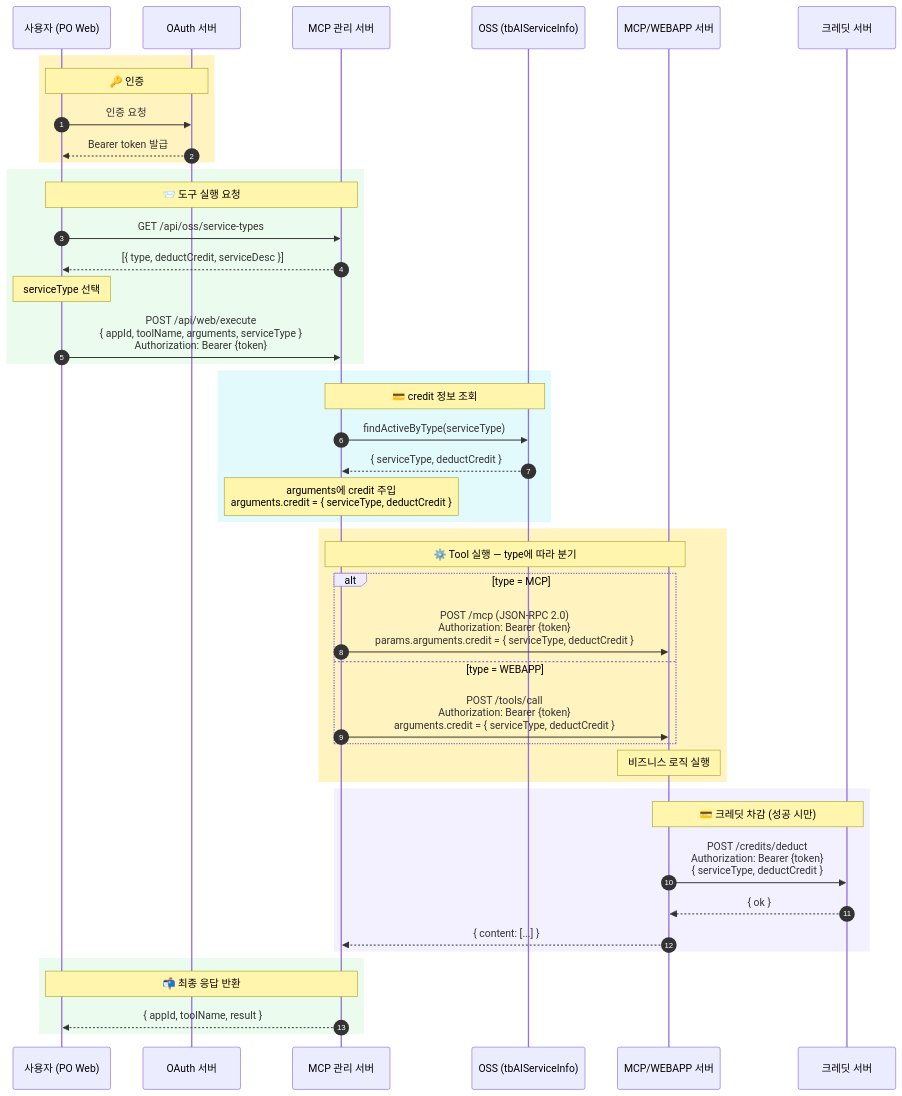
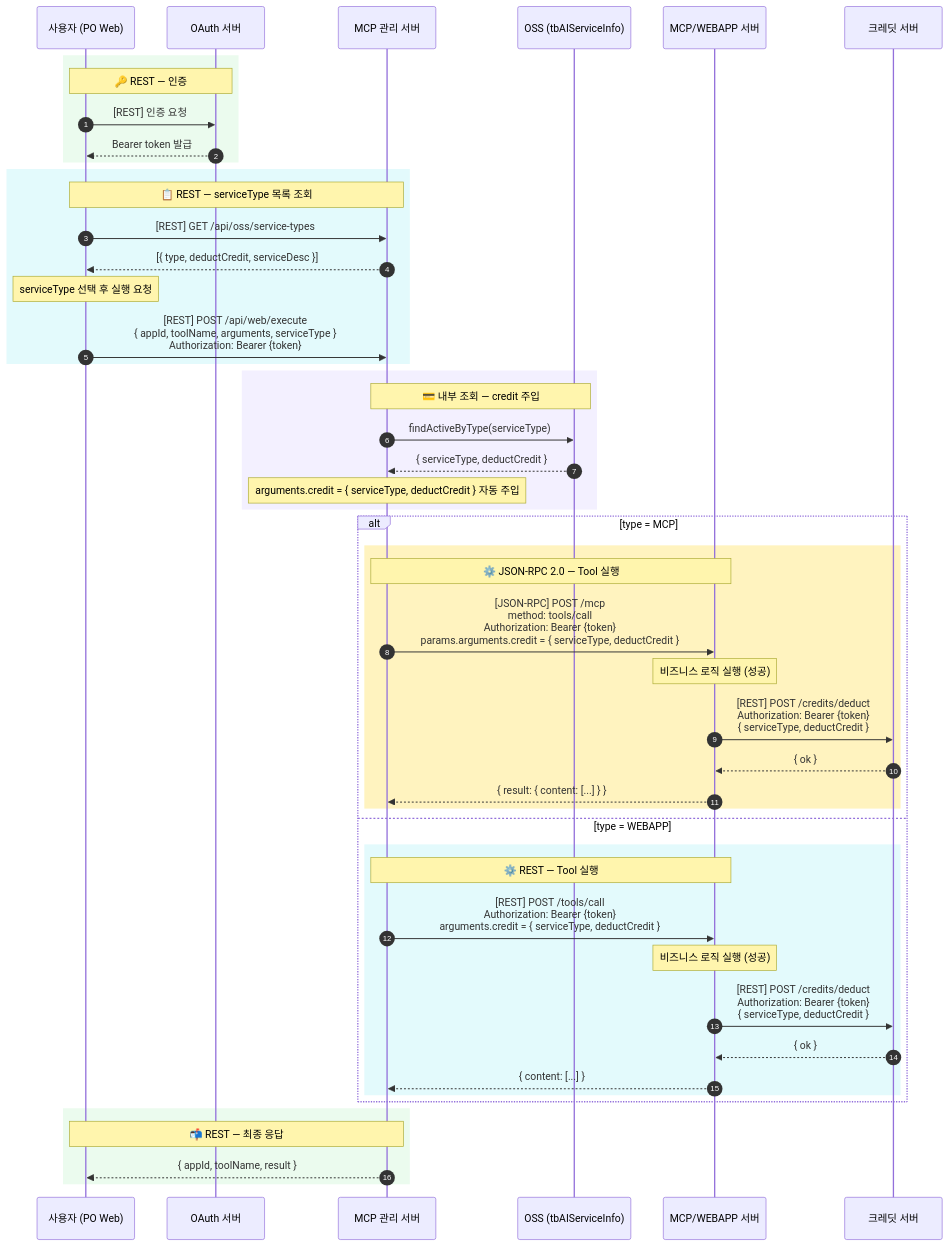
The third of 3 diagrams in docs/img/sequence-diagram.md (theo-s-park/POC_MCP_Ochestrator), drawn with Mermaid before and after one commit. The commit also changed other lines of this file, not shown here.

First line of the commit message:
docs: 시퀀스 다이어그램 REST/JSON-RPC 시각적 구분 강화

````diff
--- a/docs/img/sequence-diagram.md
+++ b/docs/img/sequence-diagram.md
@@ -115,53 +107,56 @@
 ```mermaid
 sequenceDiagram
     autonumber
-    participant USER as 사용자 (PO Web)
-    participant OAUTH as OAuth 서버
-    participant MCP as MCP 관리 서버
-    participant OSS as OSS (tbAIServiceInfo)
-    participant SRV as MCP/WEBAPP 서버
+    participant USER   as 사용자 (PO Web)
+    participant OAUTH  as OAuth 서버
+    participant MCP    as MCP 관리 서버
+    participant OSS    as OSS (tbAIServiceInfo)
+    participant SRV    as MCP/WEBAPP 서버
     participant CREDIT as 크레딧 서버
 
-    rect rgb(255, 243, 191)
-        note over USER,OAUTH: 🔑 인증
-        USER->>OAUTH: 인증 요청
+    rect rgb(235, 251, 238)
+        note over USER,OAUTH: 🔑 REST — 인증
+        USER->>OAUTH: [REST] 인증 요청
         OAUTH-->>USER: Bearer token 발급
     end
 
-    rect rgb(235, 251, 238)
-        note over USER,MCP: 📨 도구 실행 요청
-        USER->>MCP: GET /api/oss/service-types
+    rect rgb(227, 250, 252)
+        note over USER,MCP: 📋 REST — serviceType 목록 조회
+        USER->>MCP: [REST] GET /api/oss/service-types
         MCP-->>USER: [{ type, deductCredit, serviceDesc }]
-        note over USER: serviceType 선택
-        USER->>MCP: POST /api/web/execute<br/>{ appId, toolName, arguments, serviceType }<br/>Authorization: Bearer {token}
-    end
-
-    rect rgb(227, 250, 252)
-        note over MCP,OSS: 💳 credit 정보 조회
-        MCP->>OSS: findActiveByType(serviceType)
-        OSS-->>MCP: { serviceType, deductCredit }
-        note over MCP: arguments에 credit 주입<br/>arguments.credit = { serviceType, deductCredit }
-    end
-
-    rect rgb(255, 243, 191)
-        note over MCP,SRV: ⚙️ Tool 실행 — type에 따라 분기
-        alt type = MCP
-            MCP->>SRV: POST /mcp (JSON-RPC 2.0)<br/>Authorization: Bearer {token}<br/>params.arguments.credit = { serviceType, deductCredit }
-        else type = WEBAPP
-            MCP->>SRV: POST /tools/call<br/>Authorization: Bearer {token}<br/>arguments.credit = { serviceType, deductCredit }
-        end
-        note over SRV: 비즈니스 로직 실행
+        note over USER: serviceType 선택 후 실행 요청
+        USER->>MCP: [REST] POST /api/web/execute<br/>{ appId, toolName, arguments, serviceType }<br/>Authorization: Bearer {token}
     end
 
     rect rgb(243, 240, 255)
-        note over SRV,CREDIT: 💳 크레딧 차감 (성공 시만)
-        SRV->>CREDIT: POST /credits/deduct<br/>Authorization: Bearer {token}<br/>{ serviceType, deductCredit }
-        CREDIT-->>SRV: { ok }
-        SRV-->>MCP: { content: [...] }
+        note over MCP,OSS: 💳 내부 조회 — credit 주입
+        MCP->>OSS: findActiveByType(serviceType)
+        OSS-->>MCP: { serviceType, deductCredit }
+        note over MCP: arguments.credit = { serviceType, deductCredit } 자동 주입
+    end
+
+    alt type = MCP
+        rect rgb(255, 243, 191)
+            note over MCP,SRV: ⚙️ JSON-RPC 2.0 — Tool 실행
+            MCP->>SRV: [JSON-RPC] POST /mcp<br/>method: tools/call<br/>Authorization: Bearer {token}<br/>params.arguments.credit = { serviceType, deductCredit }
+            note over SRV: 비즈니스 로직 실행 (성공)
+            SRV->>CREDIT: [REST] POST /credits/deduct<br/>Authorization: Bearer {token}<br/>{ serviceType, deductCredit }
+            CREDIT-->>SRV: { ok }
+            SRV-->>MCP: { result: { content: [...] } }
+        end
+    else type = WEBAPP
+        rect rgb(227, 250, 252)
+            note over MCP,SRV: ⚙️ REST — Tool 실행
+            MCP->>SRV: [REST] POST /tools/call<br/>Authorization: Bearer {token}<br/>arguments.credit = { serviceType, deductCredit }
+            note over SRV: 비즈니스 로직 실행 (성공)
+            SRV->>CREDIT: [REST] POST /credits/deduct<br/>Authorization: Bearer {token}<br/>{ serviceType, deductCredit }
+            CREDIT-->>SRV: { ok }
+            SRV-->>MCP: { content: [...] }
+        end
     end
 
     rect rgb(235, 251, 238)
-        note over MCP,USER: 📬 최종 응답 반환
+        note over MCP,USER: 📬 REST — 최종 응답
         MCP-->>USER: { appId, toolName, result }
     end
 ```
````
